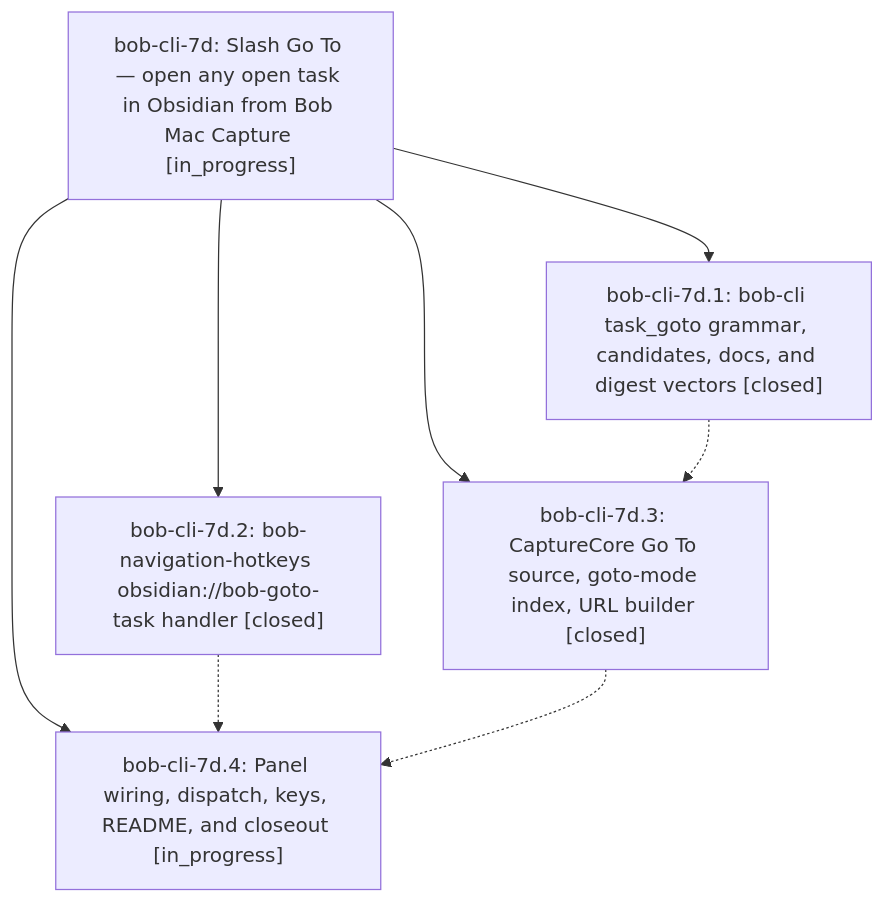
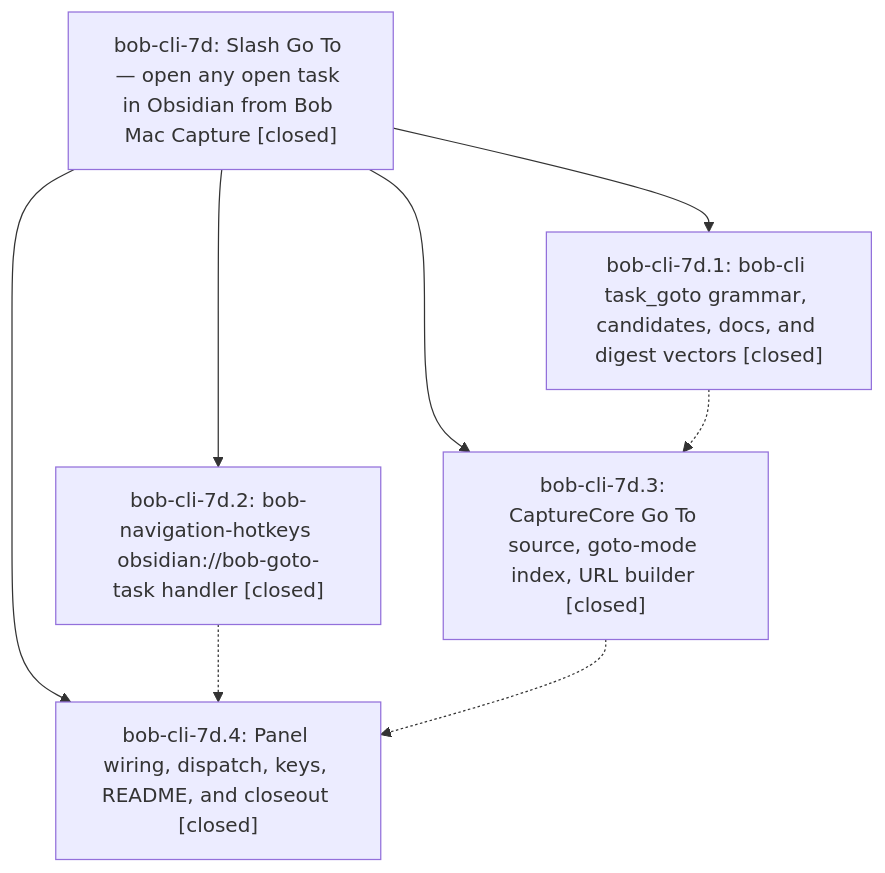
The diagram in pages/bob-cli-7d/README.md (bobs-org/bob-cli--beads), drawn with Mermaid before and after one commit. The commit also changed other lines of this file and 3 other files, not shown here.

First line of the commit message:
chore(beads): sync bead state and pages for bob-cli-7d

````diff
--- a/pages/bob-cli-7d/README.md
+++ b/pages/bob-cli-7d/README.md
@@ -39,15 +58,15 @@
 ```mermaid
 flowchart TD
-    n0["bob-cli-7d: Slash Go To — open any open task in Obsidian from Bob Mac Capture [in_progress]"]
+    n0["bob-cli-7d: Slash Go To — open any open task in Obsidian from Bob Mac Capture [closed]"]
     n1["bob-cli-7d.1: bob-cli task_goto grammar, candidates, docs, and digest vectors [closed]"]
     n2["bob-cli-7d.2: bob-navigation-hotkeys obsidian://bob-goto-task handler [closed]"]
     n3["bob-cli-7d.3: CaptureCore Go To source, goto-mode index, URL builder [closed]"]
-    n4["bob-cli-7d.4: Panel wiring, dispatch, keys, README, and closeout [in_progress]"]
+    n4["bob-cli-7d.4: Panel wiring, dispatch, keys, README, and closeout [closed]"]
     n0 --> n1
     n0 --> n2
     n0 --> n3
     n0 --> n4
     n1 -.-> n3
     n2 -.-> n4
     n3 -.-> n4
 ```
````
